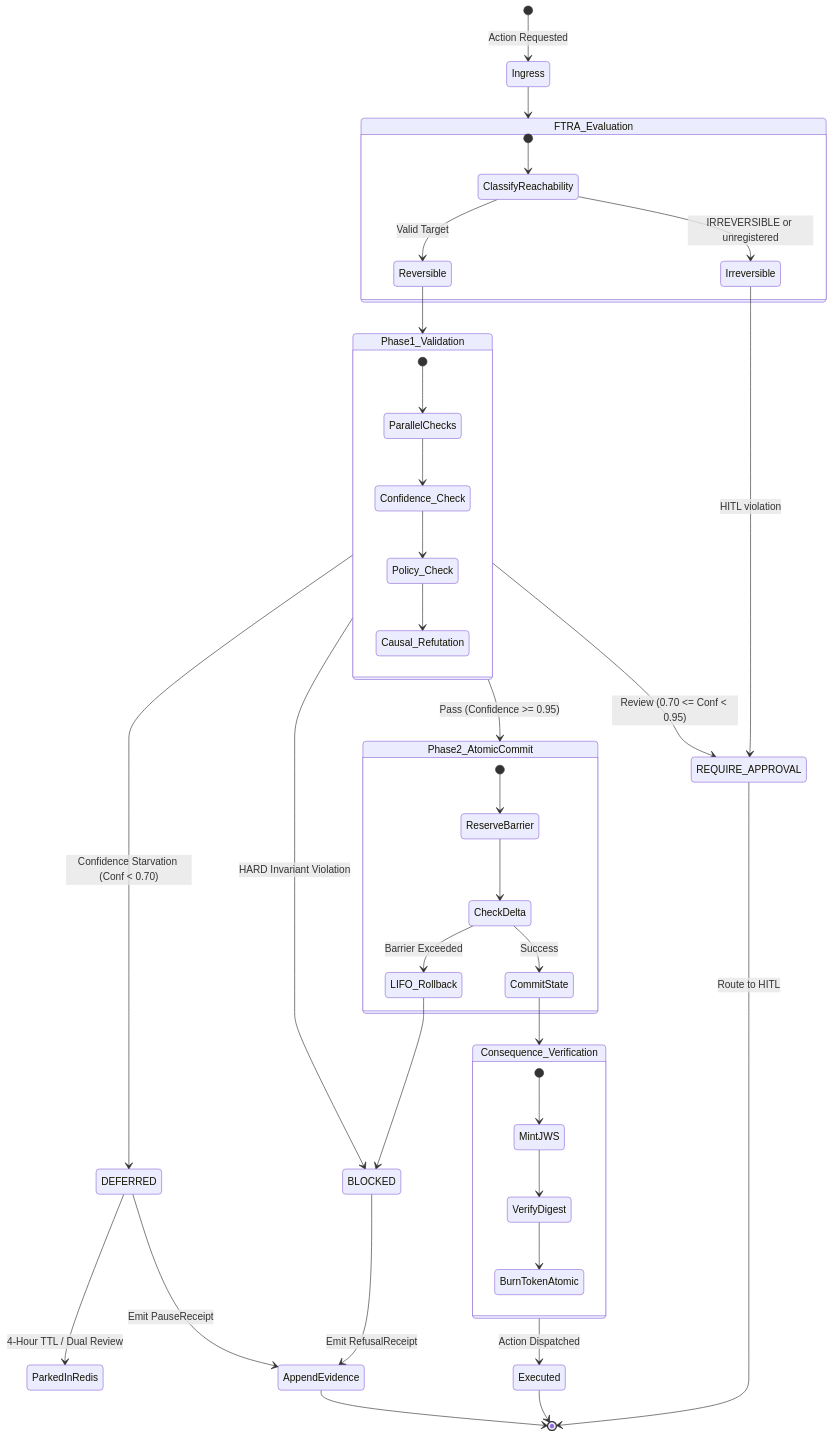
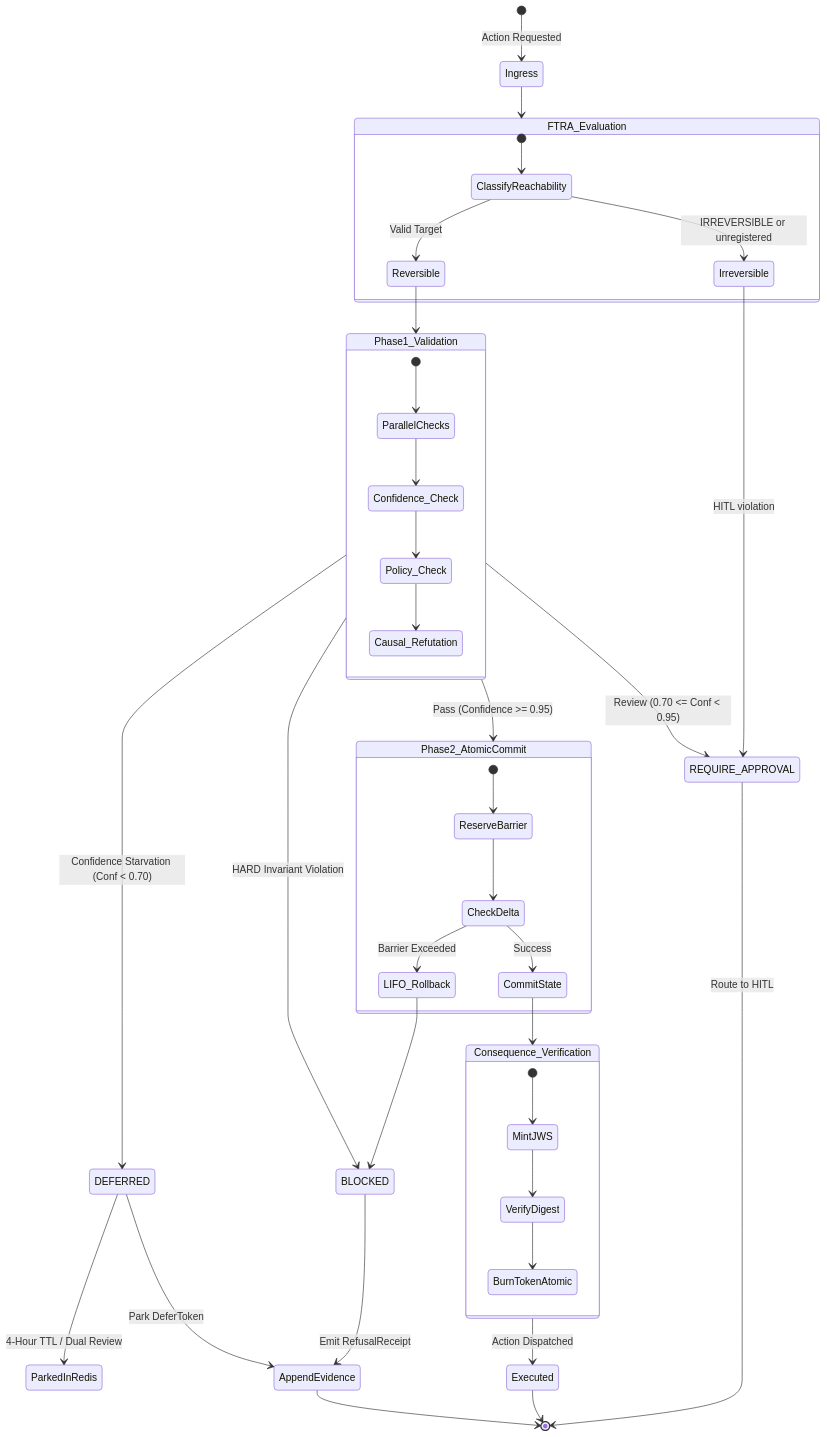
One commit to google/cybernetic-agent-governance-engine changed the second of 2 diagrams in docs/architecture/ARCHITECTURE.md. Above: the diagram before and after it, drawn with Mermaid. The commit also changed other lines of this file and 83 other files, not shown here.

````diff
--- a/docs/architecture/ARCHITECTURE.md
+++ b/docs/architecture/ARCHITECTURE.md
@@ -140,50 +140,50 @@
 ```mermaid
 stateDiagram-v2
     [*] --> Ingress: Action Requested
     Ingress --> FTRA_Evaluation
 
     state FTRA_Evaluation {
         [*] --> ClassifyReachability
         ClassifyReachability --> Irreversible: IRREVERSIBLE or unregistered
         ClassifyReachability --> Reversible: Valid Target
     }
 
     Irreversible --> REQUIRE_APPROVAL: HITL violation
     Reversible --> Phase1_Validation
 
     state Phase1_Validation {
         [*] --> ParallelChecks
         ParallelChecks --> Confidence_Check
         Confidence_Check --> Policy_Check
         Policy_Check --> Causal_Refutation
     }
 
     Phase1_Validation --> Phase2_AtomicCommit: Pass (Confidence >= 0.95)
     Phase1_Validation --> REQUIRE_APPROVAL: Review (0.70 <= Conf < 0.95)
     Phase1_Validation --> DEFERRED: Confidence Starvation (Conf < 0.70)
     Phase1_Validation --> BLOCKED: HARD Invariant Violation
 
     state Phase2_AtomicCommit {
         [*] --> ReserveBarrier
         ReserveBarrier --> CheckDelta
         CheckDelta --> CommitState: Success
         CheckDelta --> LIFO_Rollback: Barrier Exceeded
     }
 
     LIFO_Rollback --> BLOCKED
     REQUIRE_APPROVAL --> [*]: Route to HITL
     DEFERRED --> ParkedInRedis: 4-Hour TTL / Dual Review
     CommitState --> Consequence_Verification
 
     state Consequence_Verification {
         [*] --> MintJWS
         MintJWS --> VerifyDigest
         VerifyDigest --> BurnTokenAtomic
     }
 
     Consequence_Verification --> Executed: Action Dispatched
     Executed --> [*]
     BLOCKED --> AppendEvidence: Emit RefusalReceipt
-    DEFERRED --> AppendEvidence: Emit PauseReceipt
+    DEFERRED --> AppendEvidence: Park DeferToken
     AppendEvidence --> [*]
 ```
````
